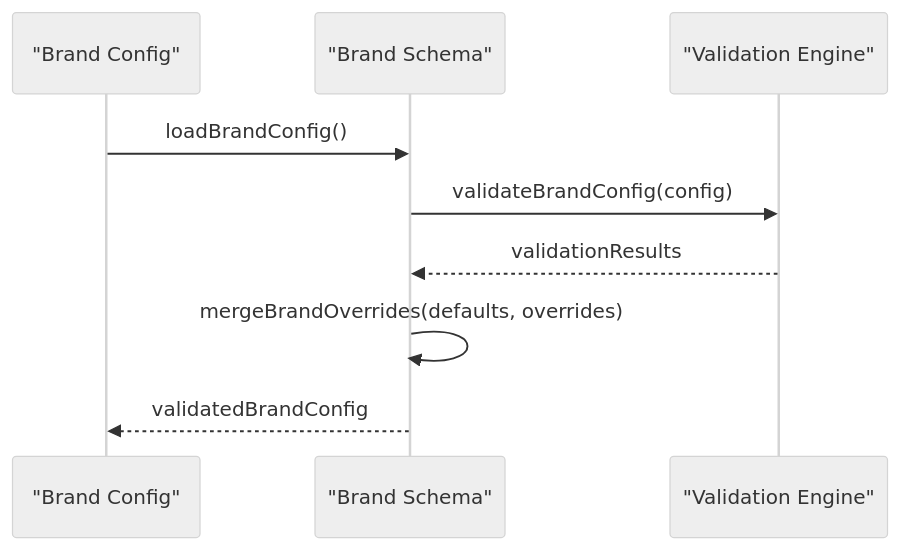
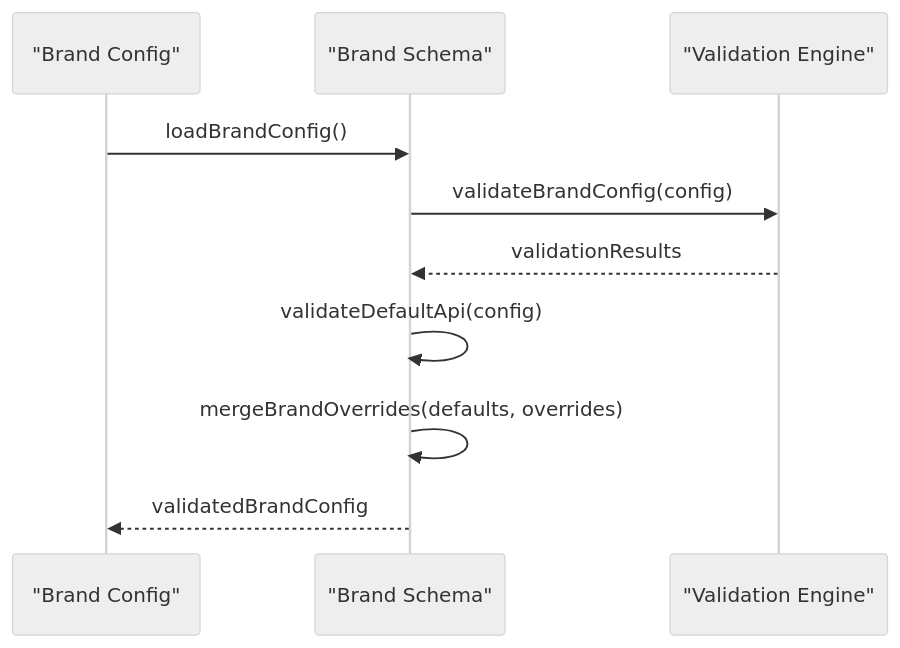
One commit to jackuh105/open-cowork changed the third of 9 diagrams in .qoder/repowiki/en/content/Deployment & Distribution/Branding System.md. Above: the diagram before and after it, drawn with Mermaid (neutral theme). The commit also changed other lines of this file and 2 other files, not shown here.

````diff
--- a/.qoder/repowiki/en/content/Deployment & Distribution/Branding System.md
+++ b/.qoder/repowiki/en/content/Deployment & Distribution/Branding System.md
@@ -181,11 +192,12 @@
 ```mermaid
 sequenceDiagram
 participant Config as "Brand Config"
 participant Schema as "Brand Schema"
 participant Validator as "Validation Engine"
 Config->>Schema : loadBrandConfig()
 Schema->>Validator : validateBrandConfig(config)
 Validator-->>Schema : validationResults
+Schema->>Schema : validateDefaultApi(config)
 Schema->>Schema : mergeBrandOverrides(defaults, overrides)
 Schema-->>Config : validatedBrandConfig
 ```
````
